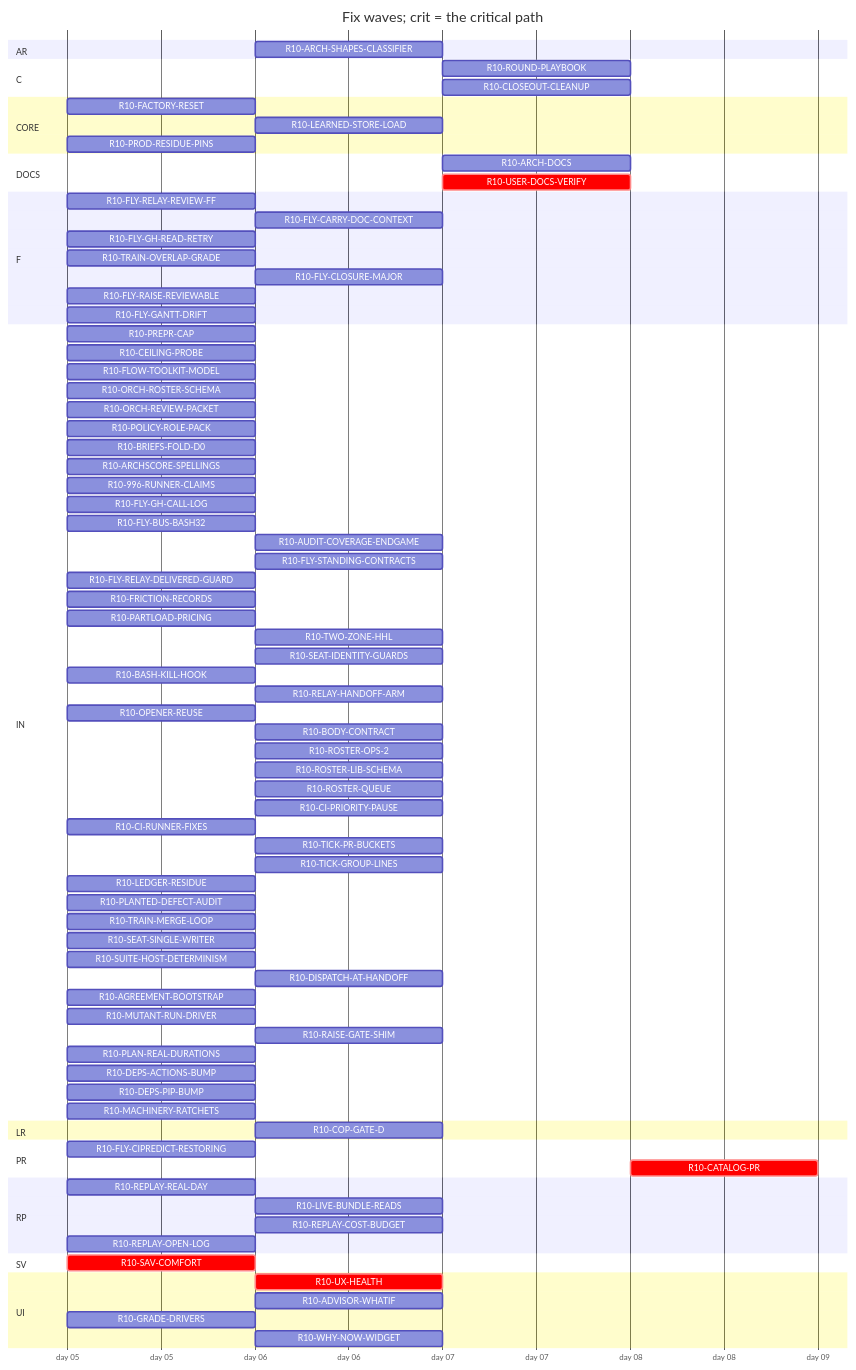
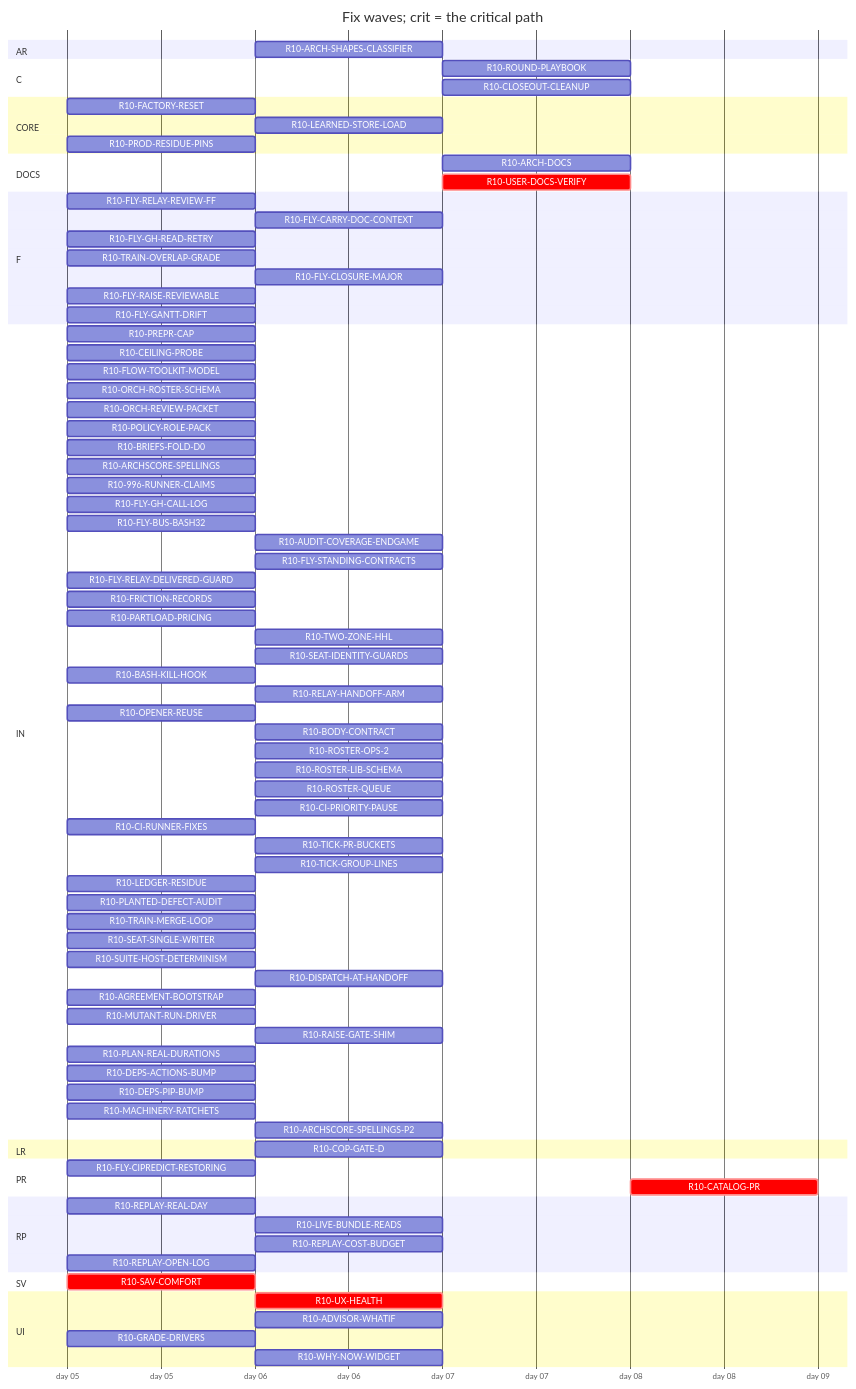
One commit to tvofi/heatpump_optimizer changed the diagram in handoff/round10/state/PLAN-TABLE.md. Above: the diagram before and after it, drawn with Mermaid. The commit also changed other lines of this file and 4 other files, not shown here.

Commit message:
state: FLOW-BOARD.md, NEXT-SESSION-PROMPT.md, PLAN-TABLE.md, PLAN.html, RESUME-CURRENT.md regenerated (state_docs.py)

```diff
--- a/handoff/round10/state/PLAN-TABLE.md
+++ b/handoff/round10/state/PLAN-TABLE.md
@@ -89,6 +89,7 @@
     R10-DEPS-ACTIONS-BUMP :r10DEPSACTIONSBUMP, 2026-01-05, 1d
     R10-DEPS-PIP-BUMP :r10DEPSPIPBUMP, 2026-01-05, 1d
     R10-MACHINERY-RATCHETS :r10MACHINERYRATCHETS, 2026-01-05, 1d
+    R10-ARCHSCORE-SPELLINGS-P2 :r10ARCHSCORESPELLINGSP2, after r10ARCHSCORESPELLINGS, 1d
   section LR
     R10-COP-GATE-D :r10COPGATED, after r10CEILINGPROBE, 1d
   section PR
```
